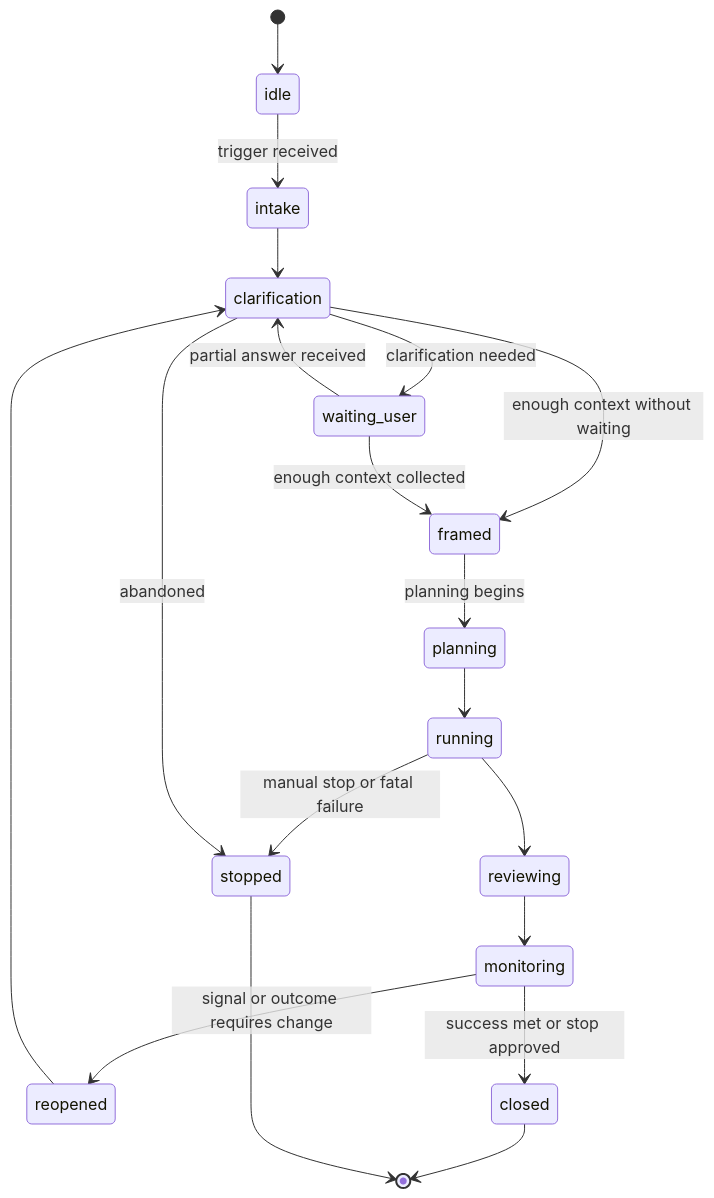
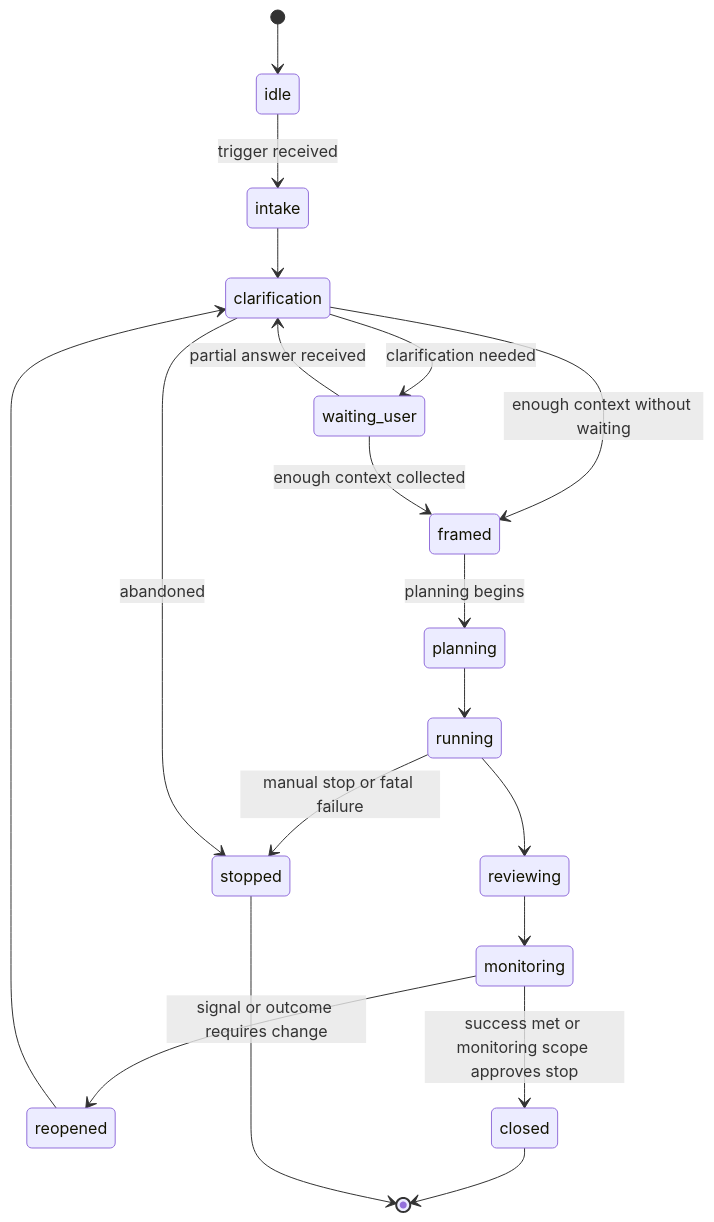
The diagram in docs/runtime-session-model.md (popcoondev/ai-organization-framework), drawn with Mermaid before and after one commit. The commit also changed other lines of this file and 2 other files, not shown here.

Commit message:
Clarify archivist ownership and monitoring closure

````diff
--- a/docs/runtime-session-model.md
+++ b/docs/runtime-session-model.md
@@ -61,21 +61,21 @@
 ```mermaid
 stateDiagram-v2
     [*] --> idle
     idle --> intake: trigger received
     intake --> clarification
     clarification --> waiting_user: clarification needed
     clarification --> framed: enough context without waiting
     waiting_user --> clarification: partial answer received
     waiting_user --> framed: enough context collected
     framed --> planning: planning begins
     planning --> running
     running --> reviewing
     reviewing --> monitoring
     monitoring --> reopened: signal or outcome requires change
     reopened --> clarification
-    monitoring --> closed: success met or stop approved
+    monitoring --> closed: success met or monitoring scope approves stop
     running --> stopped: manual stop or fatal failure
     clarification --> stopped: abandoned
     closed --> [*]
     stopped --> [*]
 ```
````
